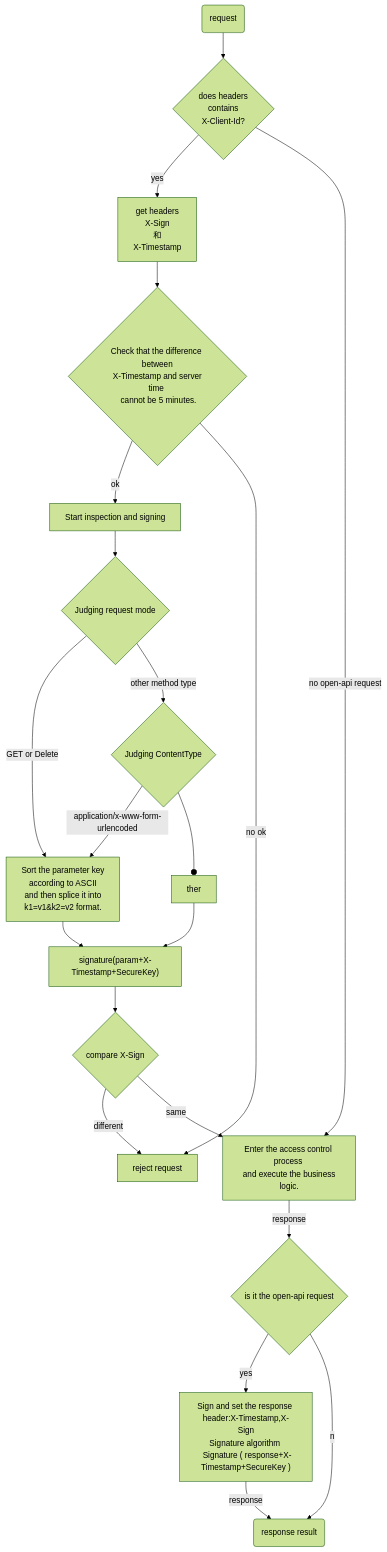
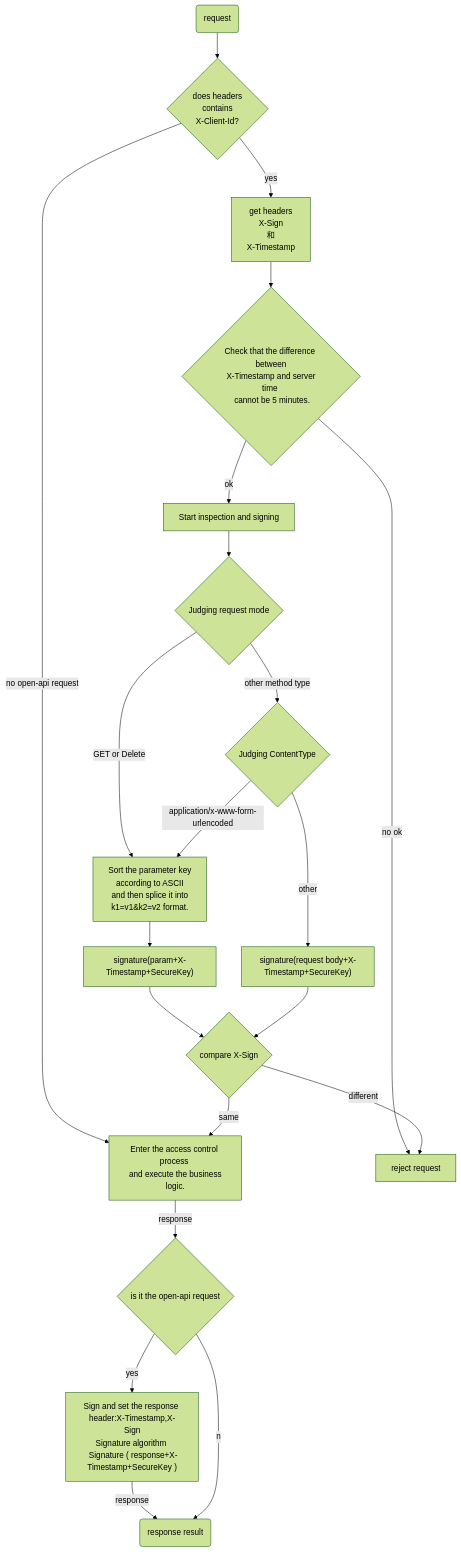
The diagram in src/evmars/open-api.md (zeje/EviewCloudDoc), drawn with Mermaid (forest theme) before and after one commit. The commit also changed 1 other file, not shown here.

Commit message:
更新open-api签名流程图

````diff
--- a/src/evmars/open-api.md
+++ b/src/evmars/open-api.md
@@ -13,26 +13,27 @@
 ``` mermaid
 graph TD
 
 	userRequest(request) --> xClientId{does headers </br> contains </br>X-Client-Id?}
 	xClientId --yes--> getHeader[get headers </br>X-Sign</br>和</br>X-Timestamp]
     xClientId --"no open-api request"--> auth[Enter the access control process </br> and execute the business logic.]
     auth --response--> open-api{is it the open-api request}
     open-api --yes--> setHeader["Sign and set the response header:X-Timestamp,X-Sign</br>Signature algorithm </br> Signature ( response+X-Timestamp+SecureKey )"]
     setHeader --response--> response(response result)
     open-api --no--> response
 
 	getHeader --> checkHeader{Check that the difference </br> between </br> X-Timestamp and server time </br> cannot be 5 minutes.}
     checkHeader --"ok"--> checkSign[Start inspection and signing]
     checkHeader --"no ok"--> reject[reject request]
 	checkSign --> httpMethod{Judging request mode}
     httpMethod --"GET or Delete"--> join["Sort the parameter key </br> according to ASCII </br> and then splice it into </br> k1=v1&k2=v2 format."]
     httpMethod --"other method type"--> contentType{Judging ContentType}
     contentType --"application/x-www-form-urlencoded"--> join
-    contentType --other--> signature["signature(param+X-Timestamp+SecureKey)"]
-    join --> signature
+    join --> signature["signature(param+X-Timestamp+SecureKey)"]
+    contentType --"other"--> otherSignature["signature(request body+X-Timestamp+SecureKey)"]
 
     signature --> compare{compare X-Sign}
+    otherSignature --> compare
     compare --different--> reject
     compare --same--> auth
 
 ```
````
